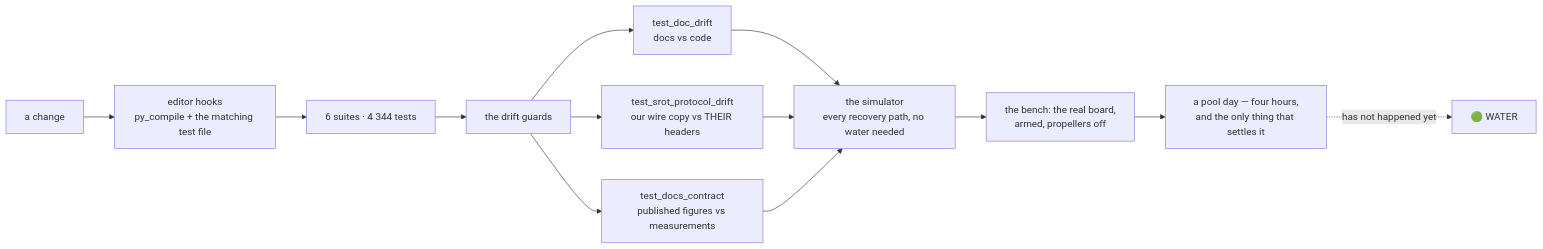
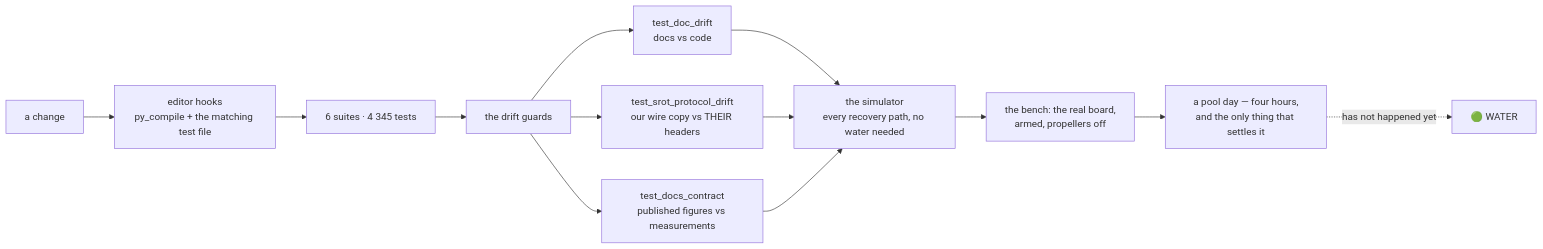
Before and after one commit to fh1m/mongla_ws: the ninth of 10 diagrams in README.md, drawn with Mermaid. The commit also changed other lines of this file and 5 other files, not shown here.

````diff
--- a/README.md
+++ b/README.md
@@ -752,15 +752,15 @@
 ```mermaid
 flowchart LR
     DEV["a change"] --> HOOK["editor hooks<br/>py_compile + the matching test file"]
-    HOOK --> UNIT["6 suites · 4 344 tests"]
+    HOOK --> UNIT["6 suites · 4 345 tests"]
     UNIT --> GUARD["the drift guards"]
     GUARD --> G1["test_doc_drift<br/>docs vs code"]
     GUARD --> G2["test_srot_protocol_drift<br/>our wire copy vs THEIR headers"]
     GUARD --> G3["test_docs_contract<br/>published figures vs measurements"]
     G1 --> SIM["the simulator<br/>every recovery path, no water needed"]
     G2 --> SIM
     G3 --> SIM
     SIM --> BENCH["the bench: the real board,<br/>armed, propellers off"]
     BENCH --> POOL["a pool day — four hours,<br/>and the only thing that settles it"]
     POOL -.->|"has not happened yet"| WATER["🟢 WATER"]
 ```
````
